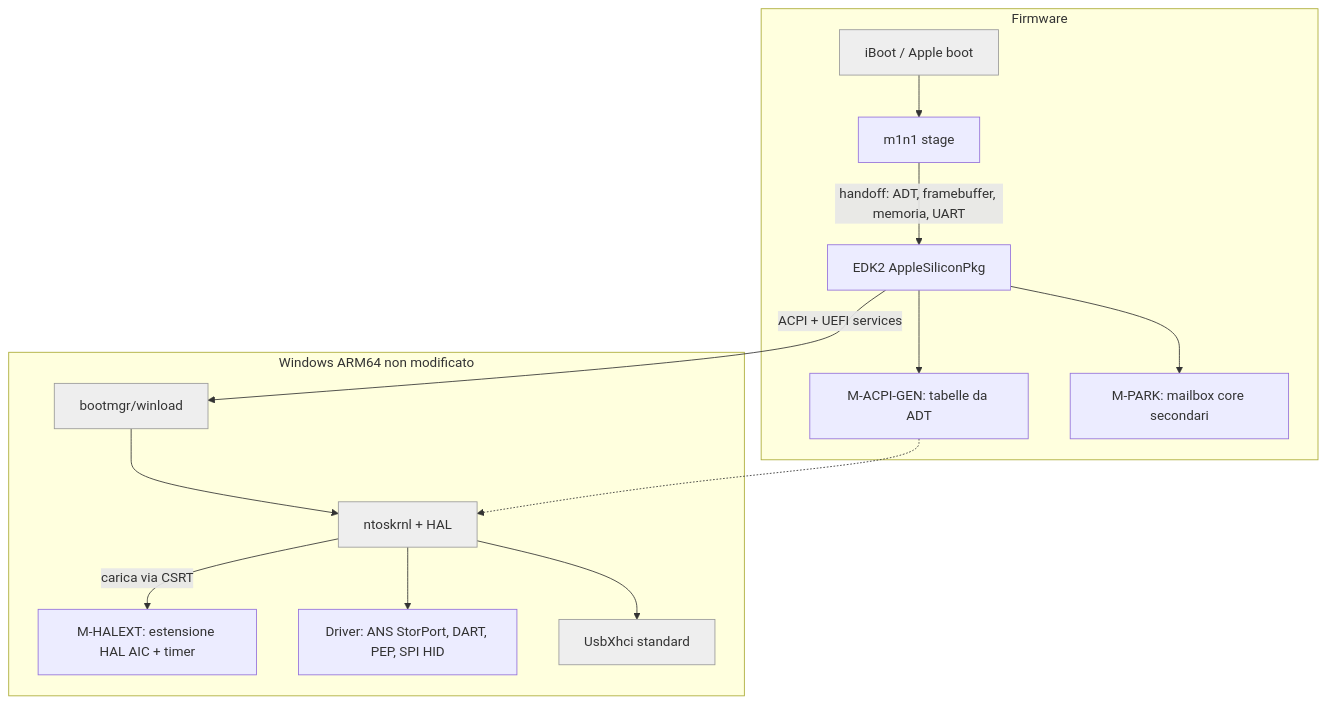
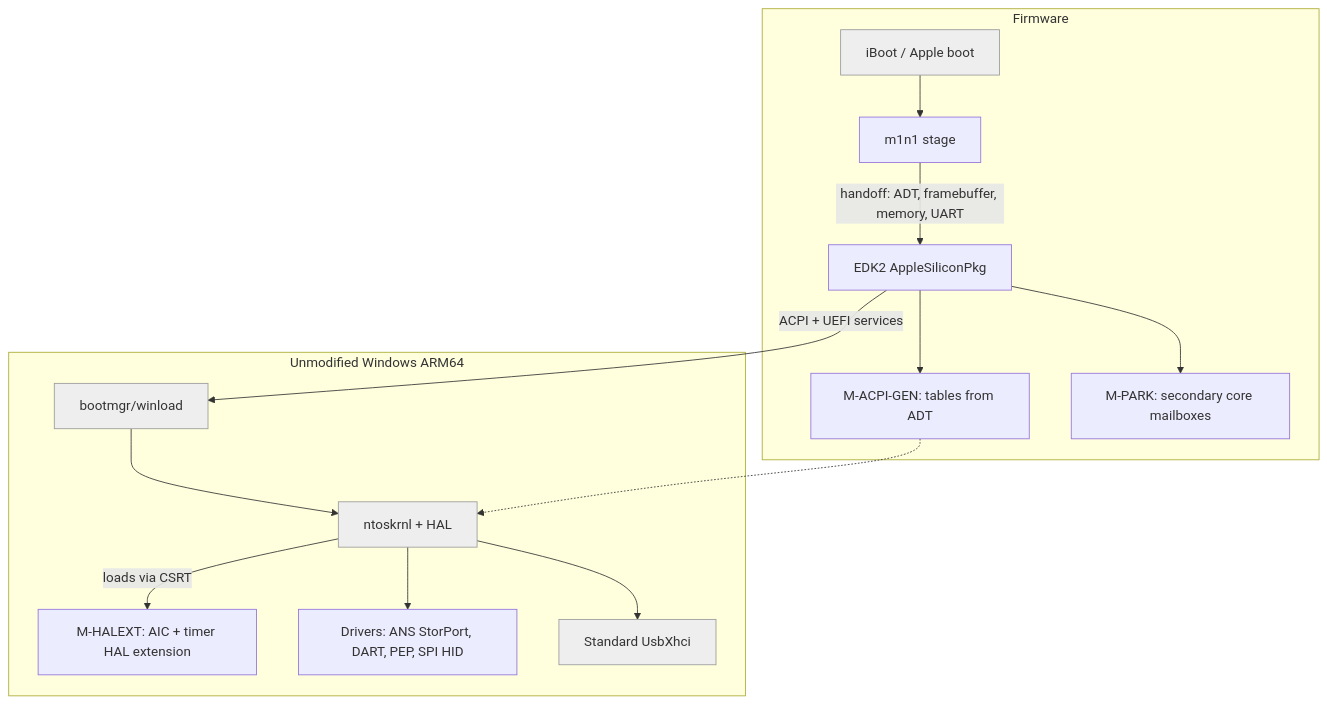
The second of 5 diagrams in docs/design/watariboot/ARCHITECTURE.md (ZonatedCord/WatariBoot), drawn with Mermaid before and after one commit. The commit also changed other lines of this file and 92 other files, not shown here.

````diff
--- a/docs/design/watariboot/ARCHITECTURE.md
+++ b/docs/design/watariboot/ARCHITECTURE.md
@@ -32,18 +32,18 @@
 ```mermaid
 flowchart TB
   subgraph FW[Firmware]
     iBoot[iBoot / Apple boot]:::ext --> m1n1[m1n1 stage]
-    m1n1 -->|handoff: ADT, framebuffer, memoria, UART| edk2[EDK2 AppleSiliconPkg]
-    edk2 --> acpigen[M-ACPI-GEN: tabelle da ADT]
-    edk2 --> park[M-PARK: mailbox core secondari]
+    m1n1 -->|handoff: ADT, framebuffer, memory, UART| edk2[EDK2 AppleSiliconPkg]
+    edk2 --> acpigen[M-ACPI-GEN: tables from ADT]
+    edk2 --> park[M-PARK: secondary core mailboxes]
   end
-  subgraph WIN[Windows ARM64 non modificato]
+  subgraph WIN[Unmodified Windows ARM64]
     bm[bootmgr/winload]:::ext --> kernel[ntoskrnl + HAL]:::ext
-    kernel -->|carica via CSRT| halext[M-HALEXT: estensione HAL AIC + timer]
-    kernel --> drv[Driver: ANS StorPort, DART, PEP, SPI HID]
-    kernel --> xhci[UsbXhci standard]:::ext
+    kernel -->|loads via CSRT| halext[M-HALEXT: AIC + timer HAL extension]
+    kernel --> drv[Drivers: ANS StorPort, DART, PEP, SPI HID]
+    kernel --> xhci[Standard UsbXhci]:::ext
   end
   edk2 -->|ACPI + UEFI services| bm
   acpigen -.-> kernel
   classDef ext fill:#eee,stroke:#999
 ```
````
